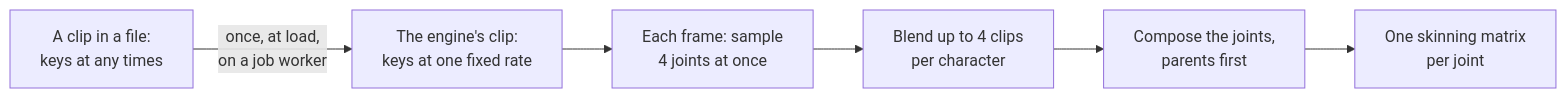
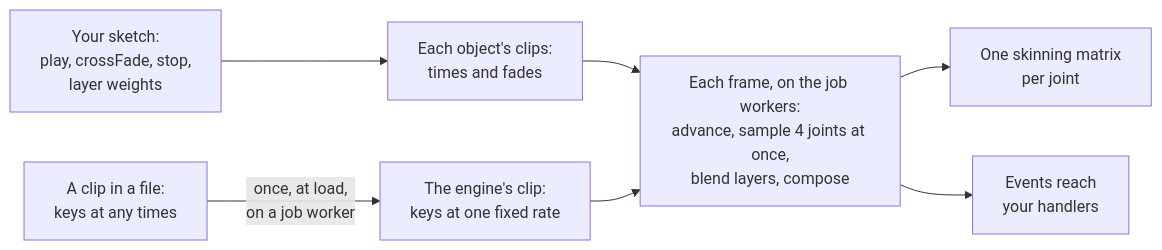
One commit to null3d-engine/null3d changed the diagram in docs/api/animation.md. Above: the diagram before and after it, drawn with Mermaid. The commit also changed other lines of this file and 55 other files, not shown here.

````diff
--- a/docs/api/animation.md
+++ b/docs/api/animation.md
@@ -13,8 +13,9 @@
 ```mermaid
 flowchart LR
+    calls["Your sketch:<br/>play, crossFade, stop,<br/>layer weights"] --> state["Each object's clips:<br/>times and fades"]
     file["A clip in a file:<br/>keys at any times"] -->|"once, at load,<br/>on a job worker"| clip["The engine's clip:<br/>keys at one fixed rate"]
-    clip --> sample["Each frame: sample<br/>4 joints at once"]
-    sample --> blend["Blend up to 4 clips<br/>per character"]
-    blend --> compose["Compose the joints,<br/>parents first"]
-    compose --> matrices["One skinning matrix<br/>per joint"]
+    state --> step
+    clip --> step["Each frame, on the job workers:<br/>advance, sample 4 joints at once,<br/>blend layers, compose"]
+    step --> matrices["One skinning matrix<br/>per joint"]
+    step --> events["Events reach<br/>your handlers"]
 ```
````
